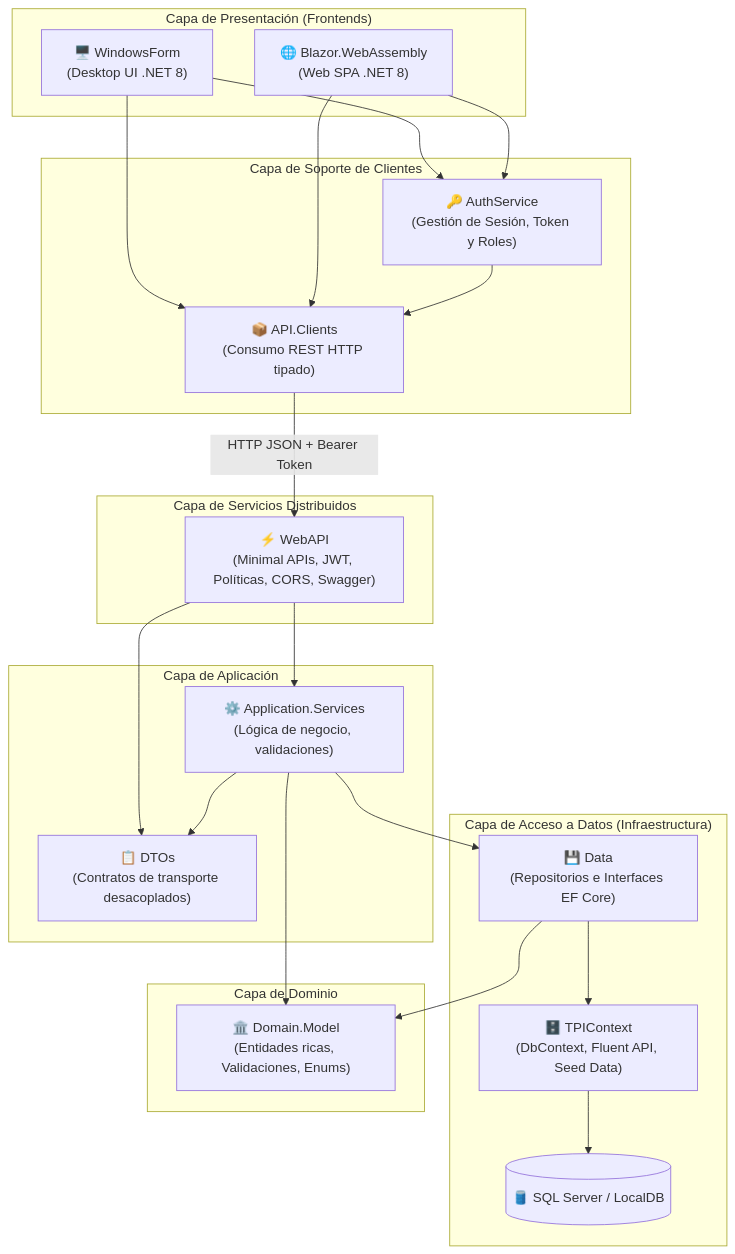
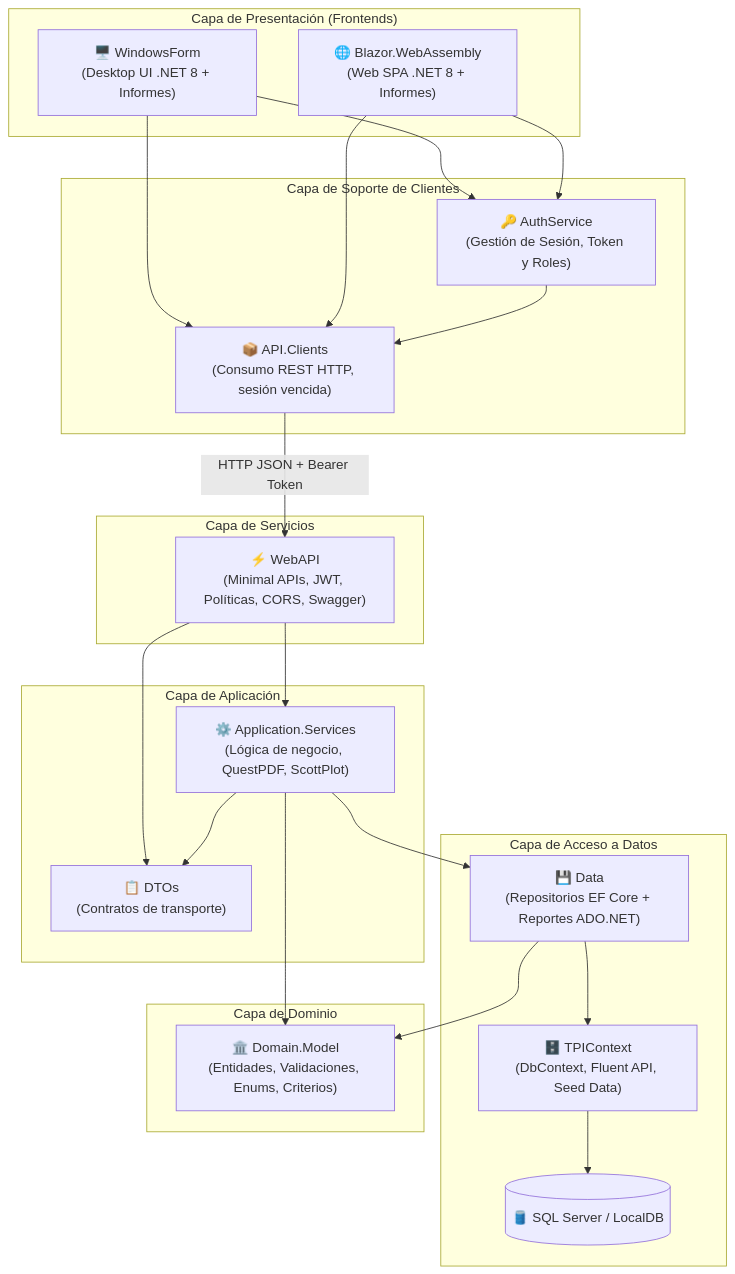
One commit to starboyagus/IDE-TPI changed the first of 2 diagrams in README.md. Above: the diagram before and after it, drawn with Mermaid. The commit also changed other lines of this file, not shown here.

````diff
--- a/README.md
+++ b/README.md
@@ -82,46 +107,46 @@
 ```mermaid
 flowchart TD
     subgraph UI["Capa de Presentación (Frontends)"]
-        WF["🖥️ WindowsForm\n(Desktop UI .NET 8)"]
-        BWA["🌐 Blazor.WebAssembly\n(Web SPA .NET 8)"]
+        WF["🖥️ WindowsForm\n(Desktop UI .NET 8 + Informes)"]
+        BWA["🌐 Blazor.WebAssembly\n(Web SPA .NET 8 + Informes)"]
     end
 
     subgraph ClientCore["Capa de Soporte de Clientes"]
-        AC["📦 API.Clients\n(Consumo REST HTTP tipado)"]
+        AC["📦 API.Clients\n(Consumo REST HTTP, sesión vencida)"]
         AS["🔑 AuthService\n(Gestión de Sesión, Token y Roles)"]
     end
 
-    subgraph API["Capa de Servicios Distribuidos"]
+    subgraph API["Capa de Servicios"]
         WAPI["⚡ WebAPI\n(Minimal APIs, JWT, Políticas, CORS, Swagger)"]
     end
 
     subgraph App["Capa de Aplicación"]
-        SVC["⚙️ Application.Services\n(Lógica de negocio, validaciones)"]
-        DTO["📋 DTOs\n(Contratos de transporte desacoplados)"]
+        SVC["⚙️ Application.Services\n(Lógica de negocio, QuestPDF, ScottPlot)"]
+        DTO["📋 DTOs\n(Contratos de transporte)"]
     end
 
-    subgraph Persist["Capa de Acceso a Datos (Infraestructura)"]
-        REPO["💾 Data\n(Repositorios e Interfaces EF Core)"]
+    subgraph Persist["Capa de Acceso a Datos"]
+        REPO["💾 Data\n(Repositorios EF Core + Reportes ADO.NET)"]
         CTX["🗄️ TPIContext\n(DbContext, Fluent API, Seed Data)"]
         DB[("🛢️ SQL Server / LocalDB")]
     end
 
     subgraph Core["Capa de Dominio"]
-        DOM["🏛️ Domain.Model\n(Entidades ricas, Validaciones, Enums)"]
+        DOM["🏛️ Domain.Model\n(Entidades, Validaciones, Enums, Criterios)"]
     end
 
     WF --> AC
     WF --> AS
     BWA --> AC
     BWA --> AS
     AS --> AC
     AC -->|HTTP JSON + Bearer Token| WAPI
     WAPI --> SVC
     WAPI --> DTO
     SVC --> DTO
     SVC --> REPO
     SVC --> DOM
     REPO --> DOM
     REPO --> CTX
     CTX --> DB
 ```
````
